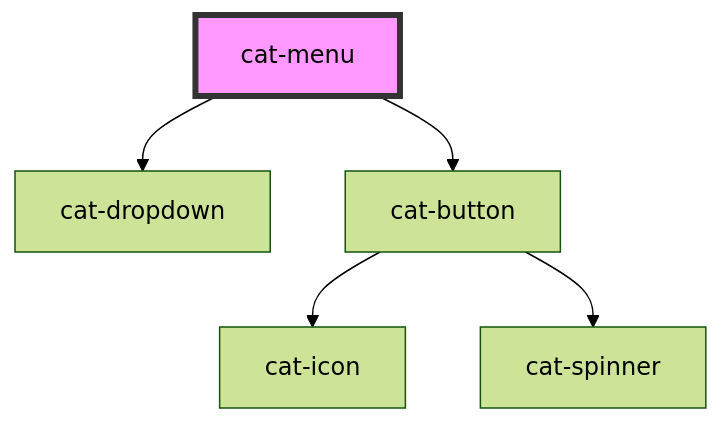
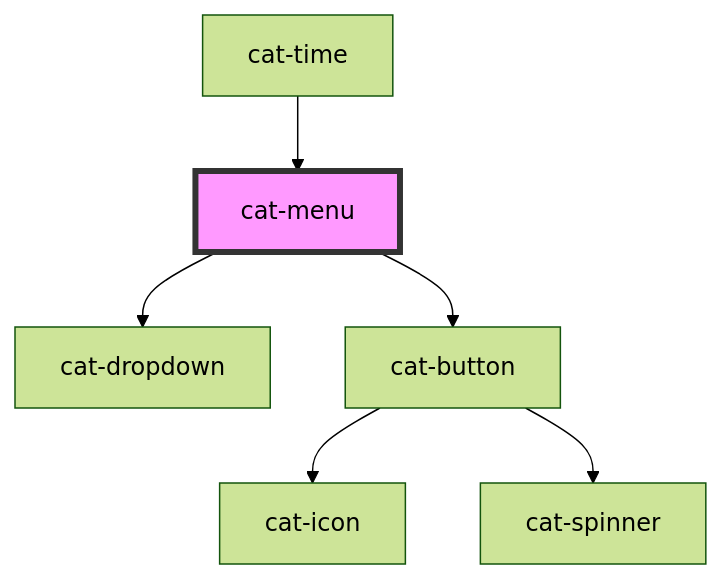
Before and after one commit to haiilo/catalyst: the diagram in core/src/components/cat-menu/readme.md, drawn with Mermaid (forest theme). The commit also changed other lines of this file and 11 other files, not shown here.

Commit message:
feat(core): migrate cat-time to cat-menu

````diff
--- a/core/src/components/cat-menu/readme.md
+++ b/core/src/components/cat-menu/readme.md
@@ -87,8 +92,9 @@
 ```mermaid
 graph TD;
   cat-menu --> cat-dropdown
   cat-menu --> cat-button
   cat-button --> cat-icon
   cat-button --> cat-spinner
+  cat-time --> cat-menu
   style cat-menu fill:#f9f,stroke:#333,stroke-width:4px
 ```
````
